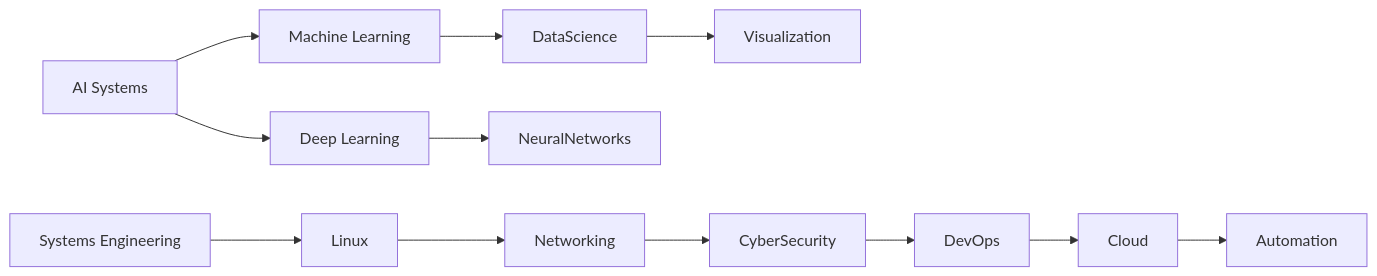
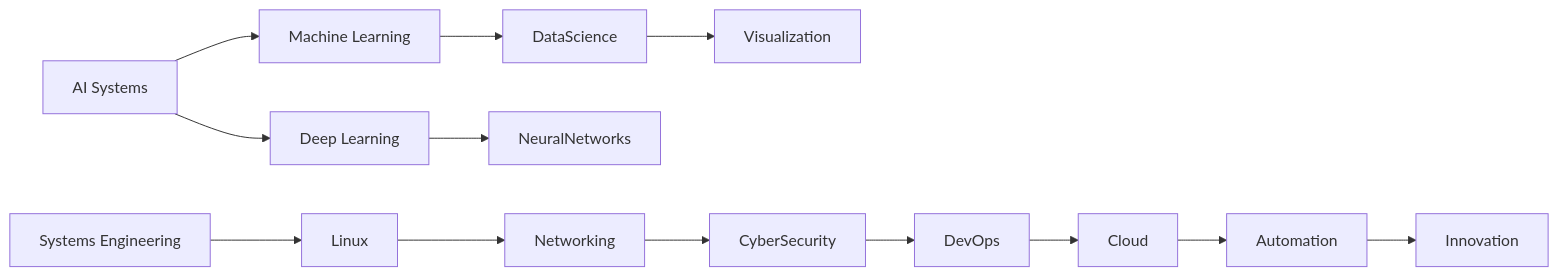
Before and after one commit to DyexaHub/DyexaHub: the second of 2 diagrams in README.md, drawn with Mermaid. The commit also changed other lines of this file, not shown here.

````diff
--- a/README.md
+++ b/README.md
@@ -153,14 +129,15 @@
 ```mermaid
 graph LR
   AI[AI Systems] --> ML[Machine Learning]
   AI --> DL[Deep Learning]
   ML --> DataScience
   DL --> NeuralNetworks
   DataScience --> Visualization
   System[Systems Engineering] --> Linux
   Linux --> Networking
   Networking --> CyberSecurity
   CyberSecurity --> DevOps
   DevOps --> Cloud
   Cloud --> Automation
+  Automation --> Innovation
 ```
````
